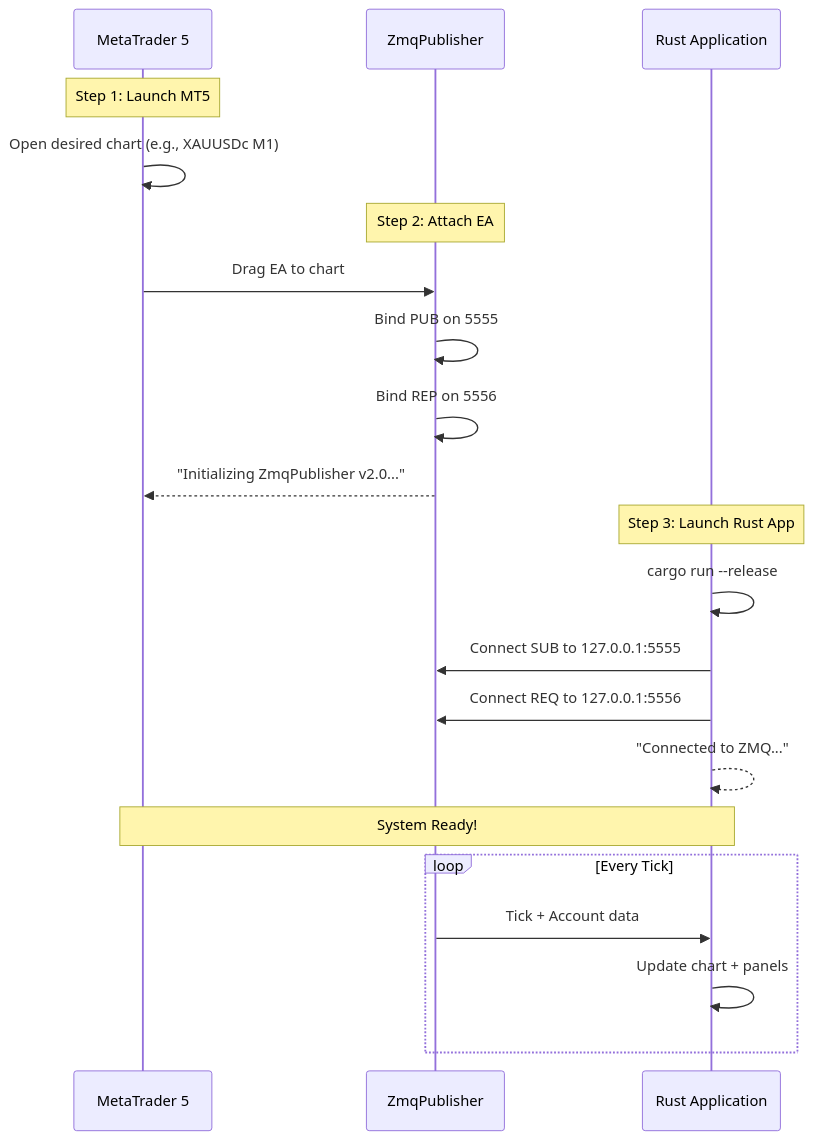
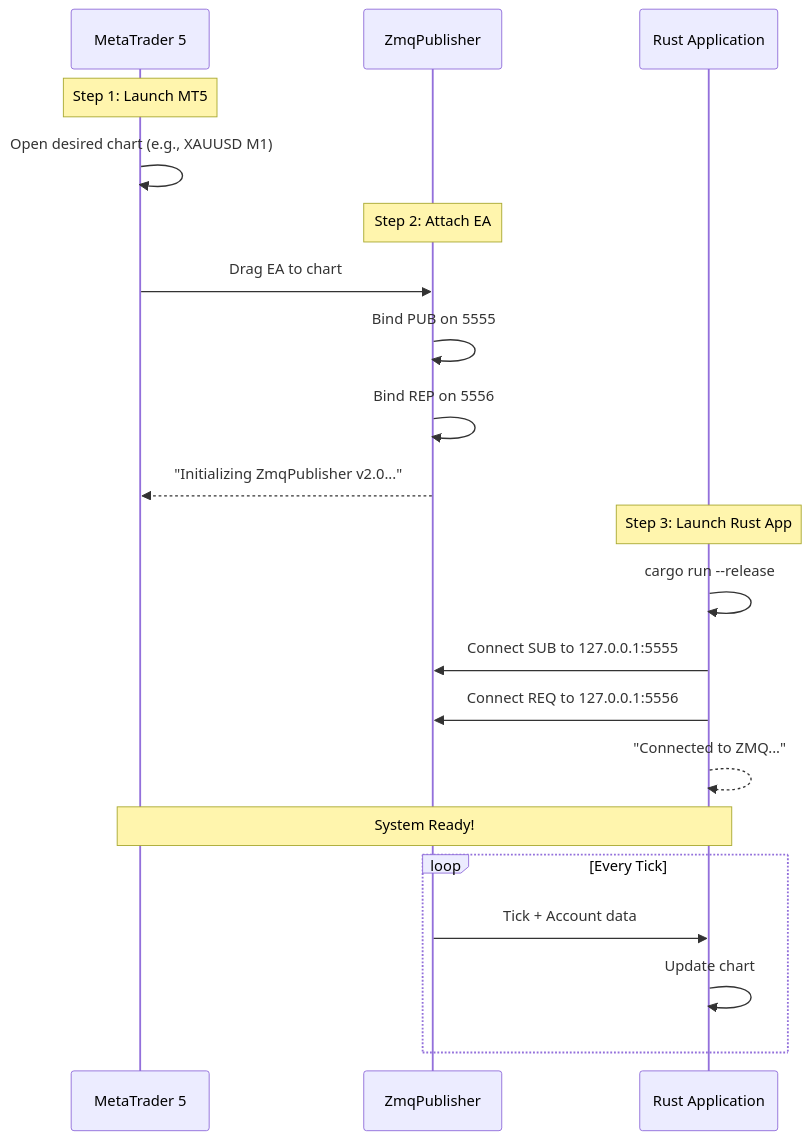
Before and after one commit to algorembrant/SUM3API: the seventh of 8 diagrams in MQL5-Rustmt5-chart-Documentation.md, drawn with Mermaid. The commit also changed other lines of this file, not shown here.

````diff
--- a/MQL5-Rustmt5-chart-Documentation.md
+++ b/MQL5-Rustmt5-chart-Documentation.md
@@ -820,27 +593,27 @@
 ```mermaid
 sequenceDiagram
     participant MT5 as MetaTrader 5
     participant EA as ZmqPublisher
     participant RUST as Rust Application
 
     Note over MT5: Step 1: Launch MT5
-    MT5->>MT5: Open desired chart (e.g., XAUUSDc M1)
+    MT5->>MT5: Open desired chart (e.g., XAUUSD M1)
     
     Note over EA: Step 2: Attach EA
     MT5->>EA: Drag EA to chart
     EA->>EA: Bind PUB on 5555
     EA->>EA: Bind REP on 5556
     EA-->>MT5: "Initializing ZmqPublisher v2.0..."
     
     Note over RUST: Step 3: Launch Rust App
     RUST->>RUST: cargo run --release
     RUST->>EA: Connect SUB to 127.0.0.1:5555
     RUST->>EA: Connect REQ to 127.0.0.1:5556
     RUST-->>RUST: "Connected to ZMQ..."
     
     Note over MT5,RUST: System Ready!
     loop Every Tick
         EA->>RUST: Tick + Account data
-        RUST->>RUST: Update chart + panels
+        RUST->>RUST: Update chart
     end
 ```
````
